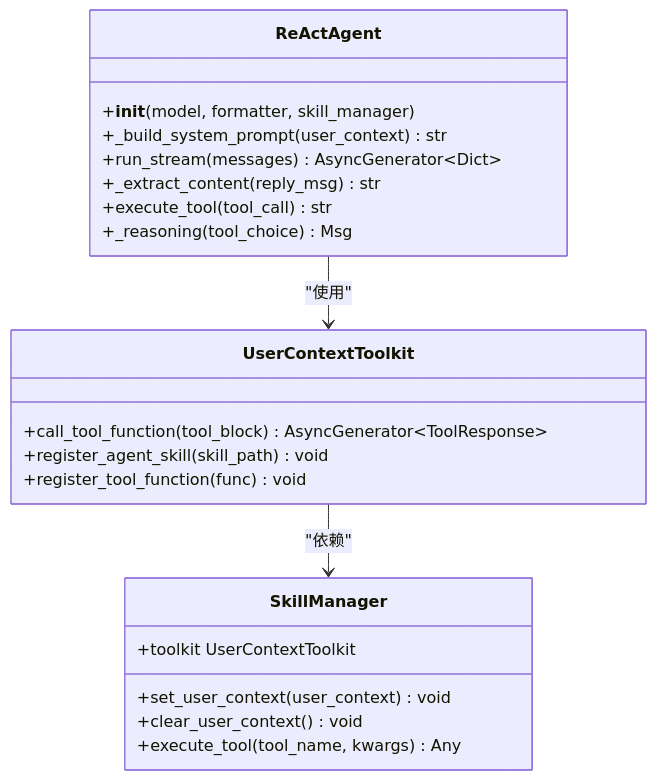
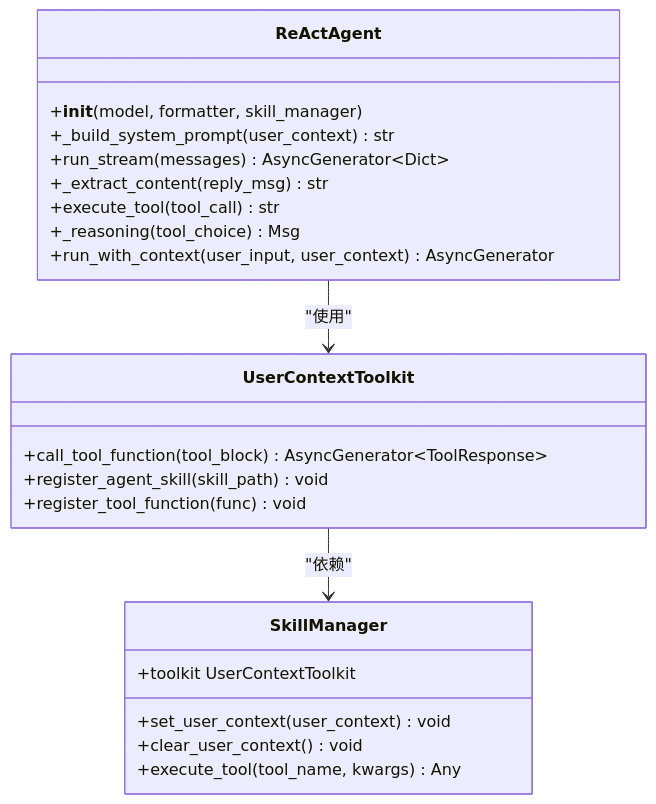
Before and after one commit to zhangdahai112/LocalManus: the sixth of 13 diagrams in .qoder/repowiki/zh/content/智能体系统/ReAct 智能体/ReAct智能体流式增强.md, drawn with Mermaid. The commit also changed other lines of this file and 11 other files, not shown here.

````diff
--- a/.qoder/repowiki/zh/content/智能体系统/ReAct 智能体/ReAct智能体流式增强.md
+++ b/.qoder/repowiki/zh/content/智能体系统/ReAct 智能体/ReAct智能体流式增强.md
@@ -268,24 +295,25 @@
 ```mermaid
 classDiagram
 class ReActAgent {
 +__init__(model, formatter, skill_manager)
 +_build_system_prompt(user_context) str
 +run_stream(messages) AsyncGenerator~Dict~
 +_extract_content(reply_msg) str
 +execute_tool(tool_call) str
 +_reasoning(tool_choice) Msg
++run_with_context(user_input, user_context) AsyncGenerator
 }
 class UserContextToolkit {
 +call_tool_function(tool_block) AsyncGenerator~ToolResponse~
 +register_agent_skill(skill_path) void
 +register_tool_function(func) void
 }
 class SkillManager {
 +toolkit UserContextToolkit
 +set_user_context(user_context) void
 +clear_user_context() void
 +execute_tool(tool_name, kwargs) Any
 }
 ReActAgent --> UserContextToolkit : "使用"
 UserContextToolkit --> SkillManager : "依赖"
 ```
````
